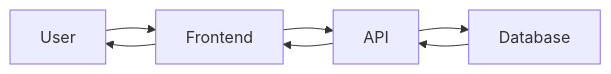
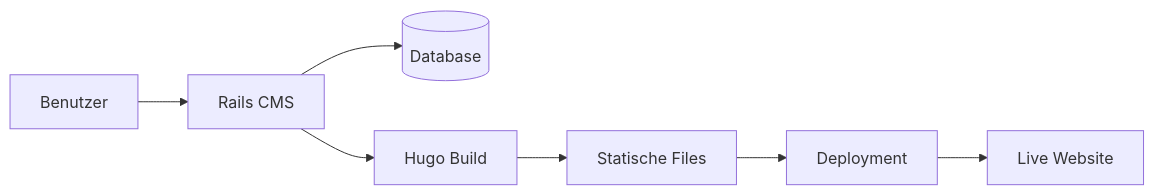
One commit to feather-page/cms changed the second of 2 diagrams in docs/architecture/README.md. Above: the diagram before and after it, drawn with Mermaid. The commit also changed other lines of this file and 12 other files, not shown here.

````diff
--- a/docs/architecture/README.md
+++ b/docs/architecture/README.md
@@ -105,9 +137,9 @@
 ```mermaid
 graph LR
-    User --> Frontend
-    Frontend --> API
-    API --> Database
-    Database --> API
-    API --> Frontend
-    Frontend --> User
+    User[Benutzer] --> CMS[Rails CMS]
+    CMS --> DB[(Database)]
+    CMS --> Hugo[Hugo Build]
+    Hugo --> Static[Statische Files]
+    Static --> Deploy[Deployment]
+    Deploy --> Website[Live Website]
 ```
````
